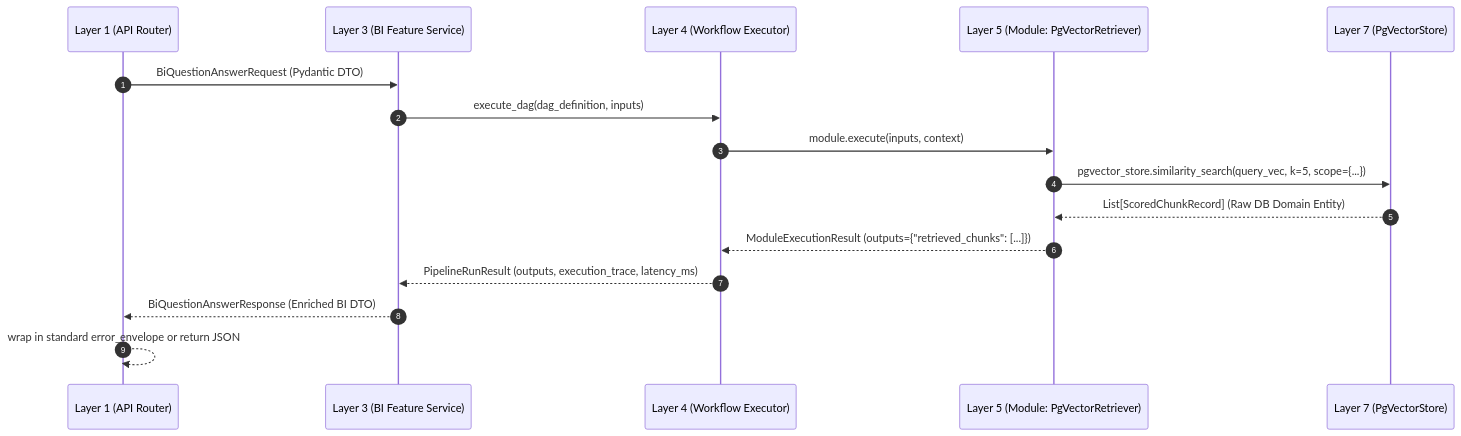
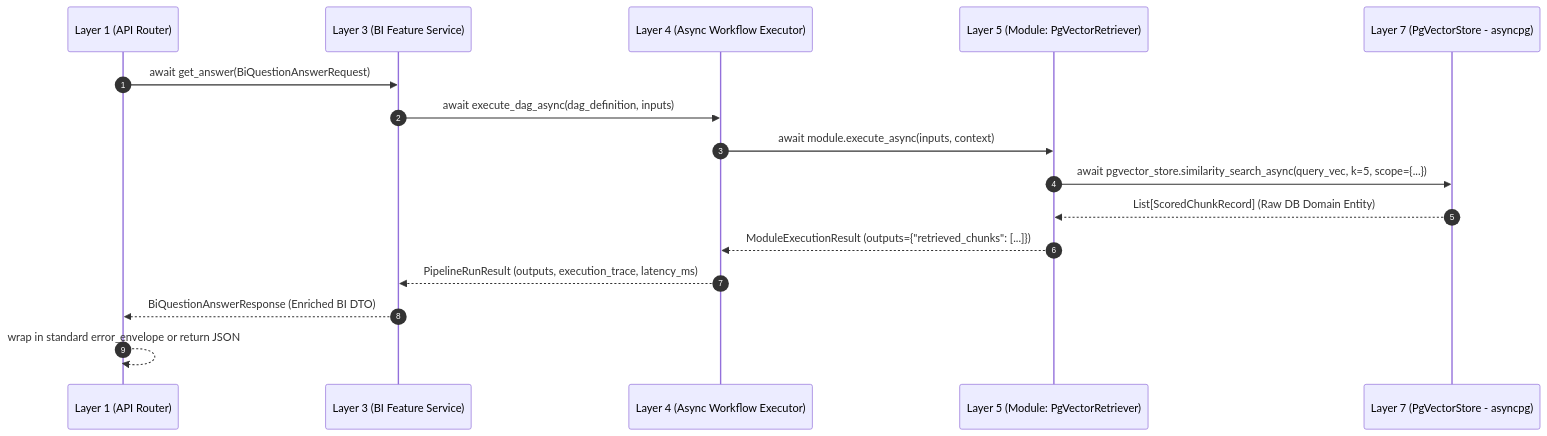
The second of 2 diagrams in docs/01_system_blueprints/BP-102_backend_layered_architecture.md (bist-mini-final/bist-mini-final), drawn with Mermaid before and after one commit. The commit also changed other lines of this file and 2 other files, not shown here.

Commit message:
docs: formalize Full-Async Non-Blocking architecture contracts and refactoring blueprints across all layers

````diff
--- a/docs/01_system_blueprints/BP-102_backend_layered_architecture.md
+++ b/docs/01_system_blueprints/BP-102_backend_layered_architecture.md
@@ -50,19 +50,19 @@
 ```mermaid
 sequenceDiagram
     autonumber
     participant L1 as Layer 1 (API Router)
     participant L3 as Layer 3 (BI Feature Service)
-    participant L4 as Layer 4 (Workflow Executor)
+    participant L4 as Layer 4 (Async Workflow Executor)
     participant L5 as Layer 5 (Module: PgVectorRetriever)
-    participant L7 as Layer 7 (PgVectorStore)
+    participant L7 as Layer 7 (PgVectorStore - asyncpg)
 
-    L1->>L3: BiQuestionAnswerRequest (Pydantic DTO)
-    L3->>L4: execute_dag(dag_definition, inputs)
-    L4->>L5: module.execute(inputs, context)
-    L5->>L7: pgvector_store.similarity_search(query_vec, k=5, scope={...})
+    L1->>L3: await get_answer(BiQuestionAnswerRequest)
+    L3->>L4: await execute_dag_async(dag_definition, inputs)
+    L4->>L5: await module.execute_async(inputs, context)
+    L5->>L7: await pgvector_store.similarity_search_async(query_vec, k=5, scope={...})
     L7-->>L5: List[ScoredChunkRecord] (Raw DB Domain Entity)
     L5-->>L4: ModuleExecutionResult (outputs={"retrieved_chunks": [...]})
     L4-->>L3: PipelineRunResult (outputs, execution_trace, latency_ms)
     L3-->>L1: BiQuestionAnswerResponse (Enriched BI DTO)
     L1-->>L1: wrap in standard error_envelope or return JSON
 ```
````
